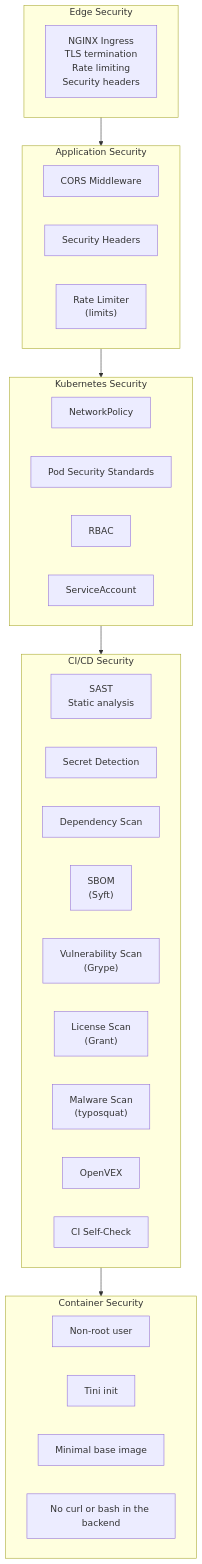
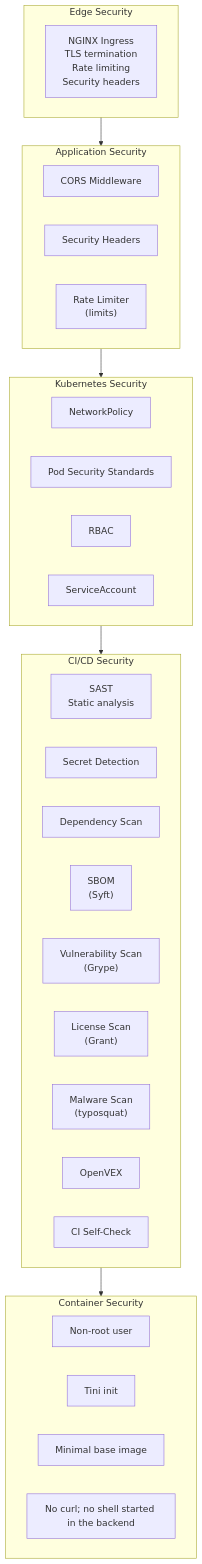
Before and after one commit to berserkhmdvhb/fullstack_template: the diagram in wiki/security.md, drawn with Mermaid. The commit also changed other lines of this file and 8 other files, not shown here.

First line of the commit message:
docs: the backend image installs no curl or bash; the base still ships a shell

````diff
--- a/wiki/security.md
+++ b/wiki/security.md
@@ -29,40 +29,40 @@
 ```mermaid
 flowchart TB
     subgraph Edge["Edge Security"]
         IC["NGINX Ingress<br/>TLS termination<br/>Rate limiting<br/>Security headers"]
     end
 
     subgraph App["Application Security"]
         CORS["CORS Middleware"]
         Headers["Security Headers"]
         RateLimit["Rate Limiter<br/>(limits)"]
     end
 
     subgraph K8s["Kubernetes Security"]
         NetPol["NetworkPolicy"]
         PodSec["Pod Security Standards"]
         RBAC["RBAC"]
         SA["ServiceAccount"]
     end
 
     subgraph CI["CI/CD Security"]
         SAST["SAST<br/>Static analysis"]
         Secret["Secret Detection"]
         DepScan["Dependency Scan"]
         SBOM["SBOM<br/>(Syft)"]
         Vuln["Vulnerability Scan<br/>(Grype)"]
         License["License Scan<br/>(Grant)"]
         Malware["Malware Scan<br/>(typosquat)"]
         Vex["OpenVEX"]
         SelfCheck["CI Self-Check"]
     end
 
     subgraph Container["Container Security"]
         NonRoot["Non-root user"]
         Tini["Tini init"]
         Minimal["Minimal base image"]
-        NoShell["No curl or bash in the backend"]
+        NoShell["No curl; no shell started in the backend"]
     end
 
     Edge --> App --> K8s --> CI --> Container
 ```
````
